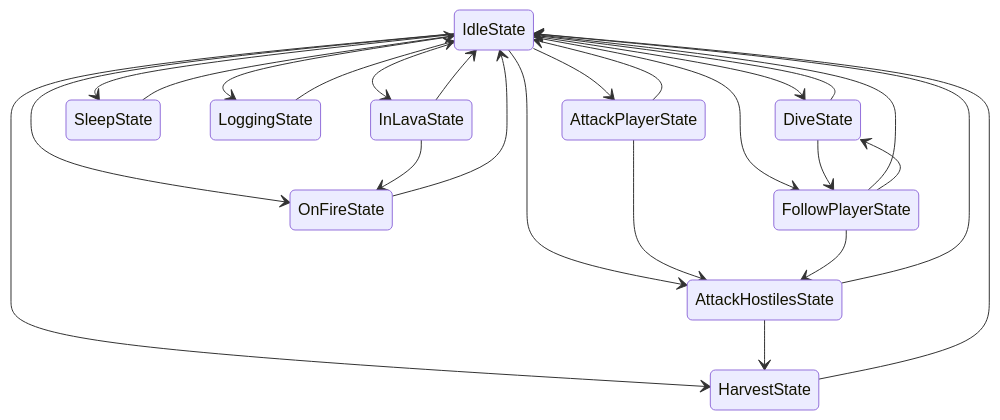
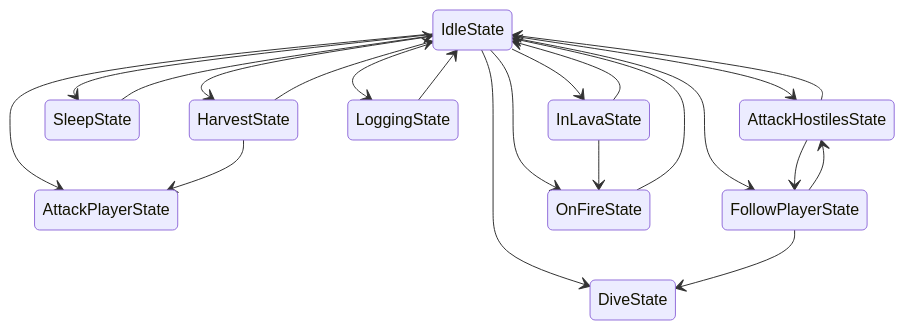
Before and after one commit to AkagawaTsurunaki/KonekoMinecraftBot: the diagram in README.md, drawn with Mermaid. The commit also changed 1 other file, not shown here.

Commit message:
refactor: 修改了部分状态之间的连接关系

````diff
--- a/README.md
+++ b/README.md
@@ -5,27 +5,23 @@
 ```mermaid
 stateDiagram
     IdleState --> AttackHostilesState
     IdleState --> AttackPlayerState
     IdleState --> DiveState
     IdleState --> FollowPlayerState
     IdleState --> SleepState
     IdleState --> HarvestState
     IdleState --> LoggingState
     IdleState --> InLavaState
     IdleState --> OnFireState
     AttackHostilesState --> IdleState
-    AttackHostilesState --> HarvestState
-    AttackPlayerState --> IdleState
-    AttackPlayerState --> AttackHostilesState
-    DiveState --> IdleState
-    DiveState --> FollowPlayerState
-    FollowPlayerState --> IdleState
+    AttackHostilesState --> FollowPlayerState
     FollowPlayerState --> DiveState
     FollowPlayerState --> AttackHostilesState
     SleepState --> IdleState
     HarvestState --> IdleState
+    HarvestState --> AttackPlayerState
     LoggingState --> IdleState
     InLavaState --> IdleState
     InLavaState --> OnFireState
     OnFireState --> IdleState
 ```
````
